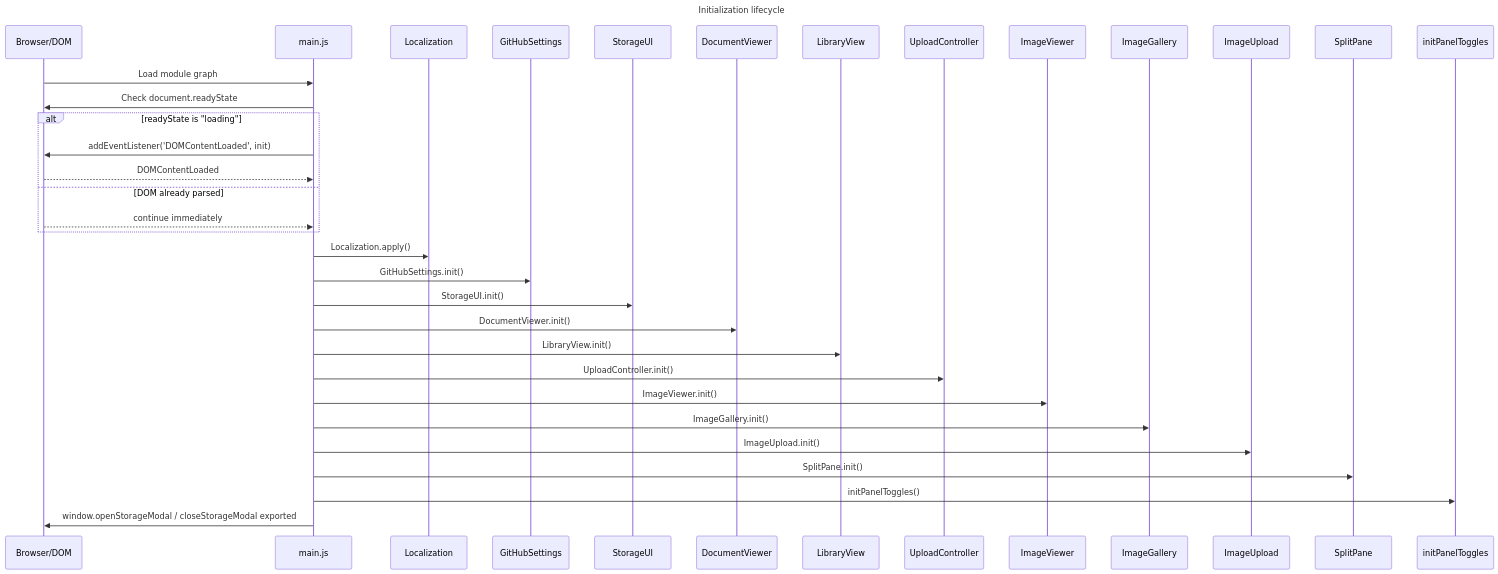
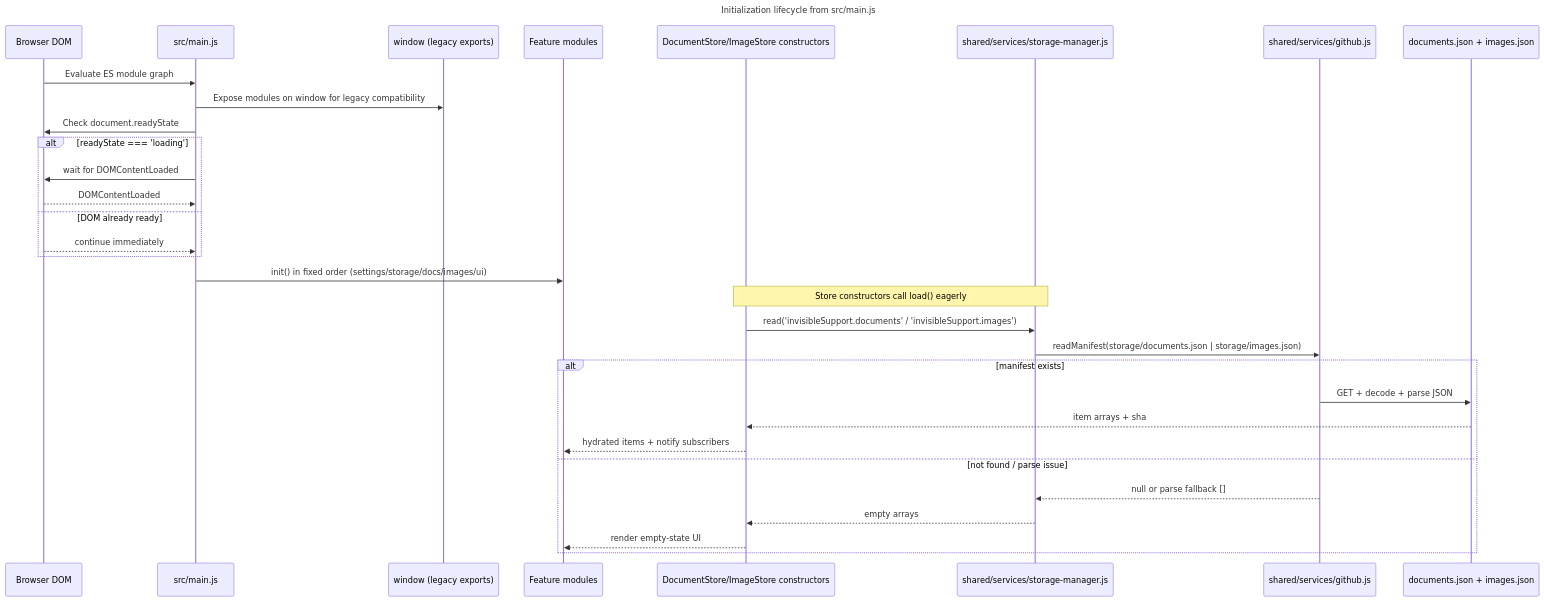
One commit to invisibleacropolis-ops/invisibleacropolis-ops.github.io changed the fifth of 5 diagrams in docs/invisible-support/data-flow-and-persistence.md. Above: the diagram before and after it, drawn with Mermaid. The commit also changed other lines of this file, not shown here.

Commit message:
docs: add data flow and persistence lifecycle diagrams

````diff
--- a/docs/invisible-support/data-flow-and-persistence.md
+++ b/docs/invisible-support/data-flow-and-persistence.md
@@ -13,39 +213,36 @@
 ```mermaid
 sequenceDiagram
-    title Initialization lifecycle
-    participant Browser as Browser/DOM
-    participant Main as main.js
-    participant I18n as Localization
-    participant Settings as GitHubSettings
-    participant Storage as StorageUI
-    participant DocView as DocumentViewer
-    participant Library as LibraryView
-    participant Upload as UploadController
-    participant ImgView as ImageViewer
-    participant Gallery as ImageGallery
-    participant ImgUpload as ImageUpload
-    participant Split as SplitPane
-    participant Toggles as initPanelToggles
+    title Initialization lifecycle from src/main.js
+    participant Browser as Browser DOM
+    participant Main as src/main.js
+    participant Global as window (legacy exports)
+    participant Modules as Feature modules
+    participant Stores as DocumentStore/ImageStore constructors
+    participant Storage as shared/services/storage-manager.js
+    participant GitHub as shared/services/github.js
+    participant Manifests as documents.json + images.json
 
-    Browser->>Main: Load module graph
+    Browser->>Main: Evaluate ES module graph
+    Main->>Global: Expose modules on window for legacy compatibility
     Main->>Browser: Check document.readyState
-    alt readyState is "loading"
-        Main->>Browser: addEventListener('DOMContentLoaded', init)
+    alt readyState === 'loading'
+        Main->>Browser: wait for DOMContentLoaded
         Browser-->>Main: DOMContentLoaded
-    else DOM already parsed
+    else DOM already ready
         Browser-->>Main: continue immediately
     end
 
-    Main->>I18n: Localization.apply()
-    Main->>Settings: GitHubSettings.init()
-    Main->>Storage: StorageUI.init()
-    Main->>DocView: DocumentViewer.init()
-    Main->>Library: LibraryView.init()
-    Main->>Upload: UploadController.init()
-    Main->>ImgView: ImageViewer.init()
-    Main->>Gallery: ImageGallery.init()
-    Main->>ImgUpload: ImageUpload.init()
-    Main->>Split: SplitPane.init()
-    Main->>Toggles: initPanelToggles()
-    Main->>Browser: window.openStorageModal / closeStorageModal exported
+    Main->>Modules: init() in fixed order (settings/storage/docs/images/ui)
+    Note over Stores,Storage: Store constructors call load() eagerly
+    Stores->>Storage: read('invisibleSupport.documents' / 'invisibleSupport.images')
+    Storage->>GitHub: readManifest(storage/documents.json | storage/images.json)
+    alt manifest exists
+        GitHub->>Manifests: GET + decode + parse JSON
+        Manifests-->>Stores: item arrays + sha
+        Stores-->>Modules: hydrated items + notify subscribers
+    else not found / parse issue
+        GitHub-->>Storage: null or parse fallback []
+        Storage-->>Stores: empty arrays
+        Stores-->>Modules: render empty-state UI
+    end
 ```
````
